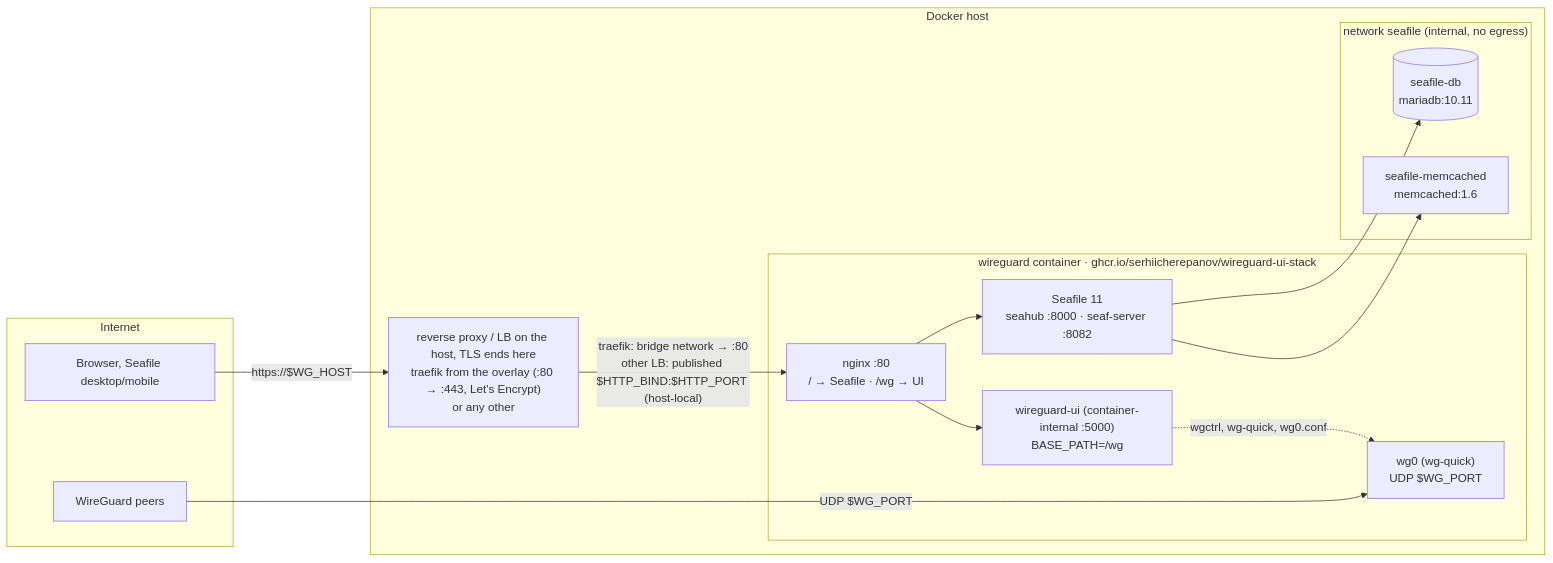
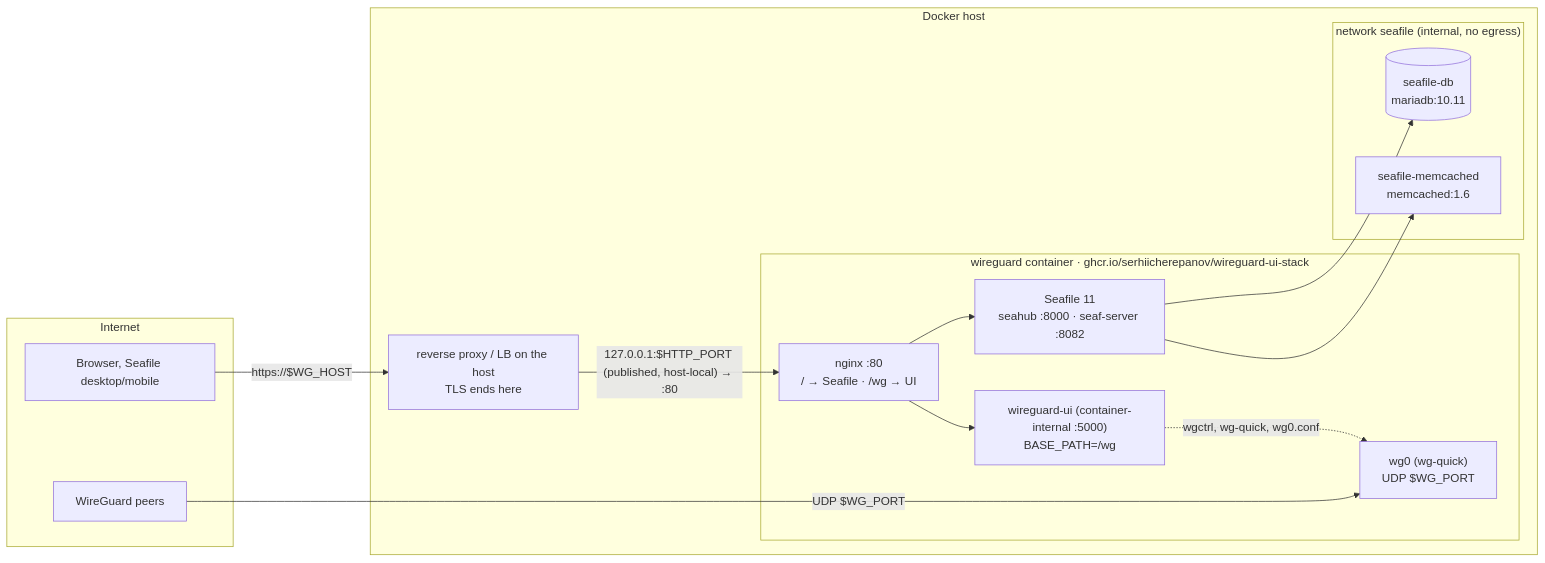
The diagram in README.md (serhiicherepanov/wireguard-ui-stack), drawn with Mermaid before and after one commit. The commit also changed other lines of this file, not shown here.

Commit message:
README diagram: LB on the host connects to the published 127.0.0.1:HTTP_PORT

````diff
--- a/README.md
+++ b/README.md
@@ -26,32 +26,32 @@
 ```mermaid
 flowchart LR
     subgraph outside[Internet]
         browser["Browser, Seafile desktop/mobile"]
         peer["WireGuard peers"]
     end
 
     subgraph host[Docker host]
-        proxy["reverse proxy / LB on the host, TLS ends here<br/>traefik from the overlay (:80 → :443, Let's Encrypt)<br/>or any other"]
+        proxy["reverse proxy / LB on the host<br/>TLS ends here"]
 
         subgraph wgc["wireguard container · ghcr.io/serhiicherepanov/wireguard-ui-stack"]
             nginx["nginx :80<br/>/ → Seafile · /wg → UI"]
             seafile["Seafile 11<br/>seahub :8000 · seaf-server :8082"]
             ui["wireguard-ui (container-internal :5000)<br/>BASE_PATH=/wg"]
             wg0["wg0 (wg-quick)<br/>UDP $WG_PORT"]
         end
 
         subgraph backend["network seafile (internal, no egress)"]
             db[("seafile-db<br/>mariadb:10.11")]
             memcached["seafile-memcached<br/>memcached:1.6"]
         end
     end
 
     browser -- "https://$WG_HOST" --> proxy
-    proxy -- "traefik: bridge network → :80<br/>other LB: published $HTTP_BIND:$HTTP_PORT (host-local)" --> nginx
+    proxy -- "127.0.0.1:$HTTP_PORT (published, host-local) → :80" --> nginx
     nginx --> seafile
     nginx --> ui
     peer -- "UDP $WG_PORT" --> wg0
     seafile --> db
     seafile --> memcached
     ui -. "wgctrl, wg-quick, wg0.conf" .-> wg0
 ```
````
